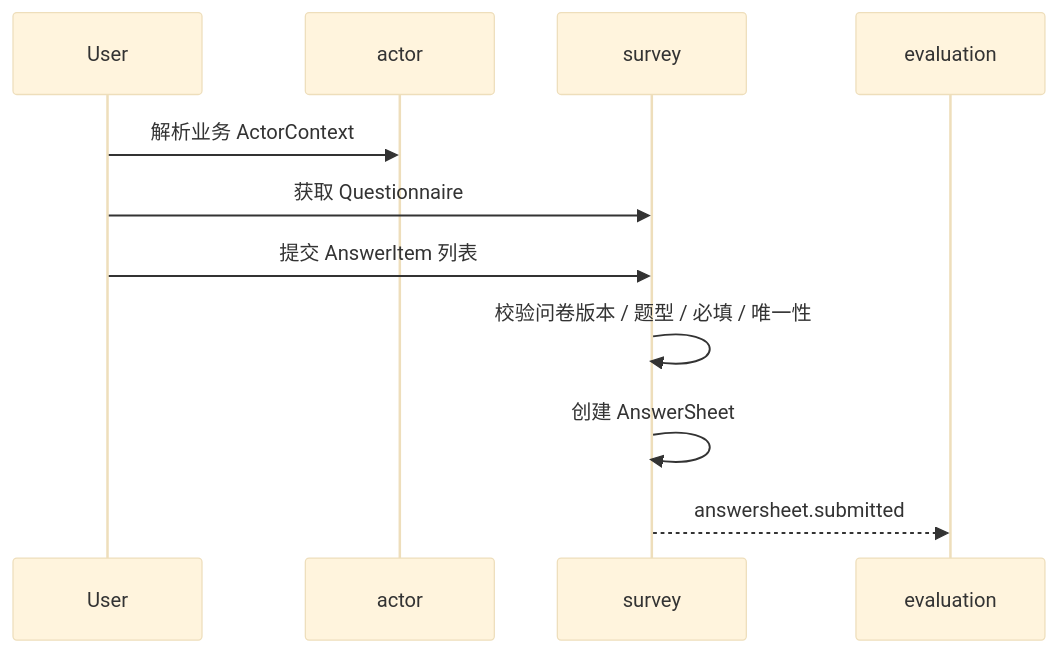
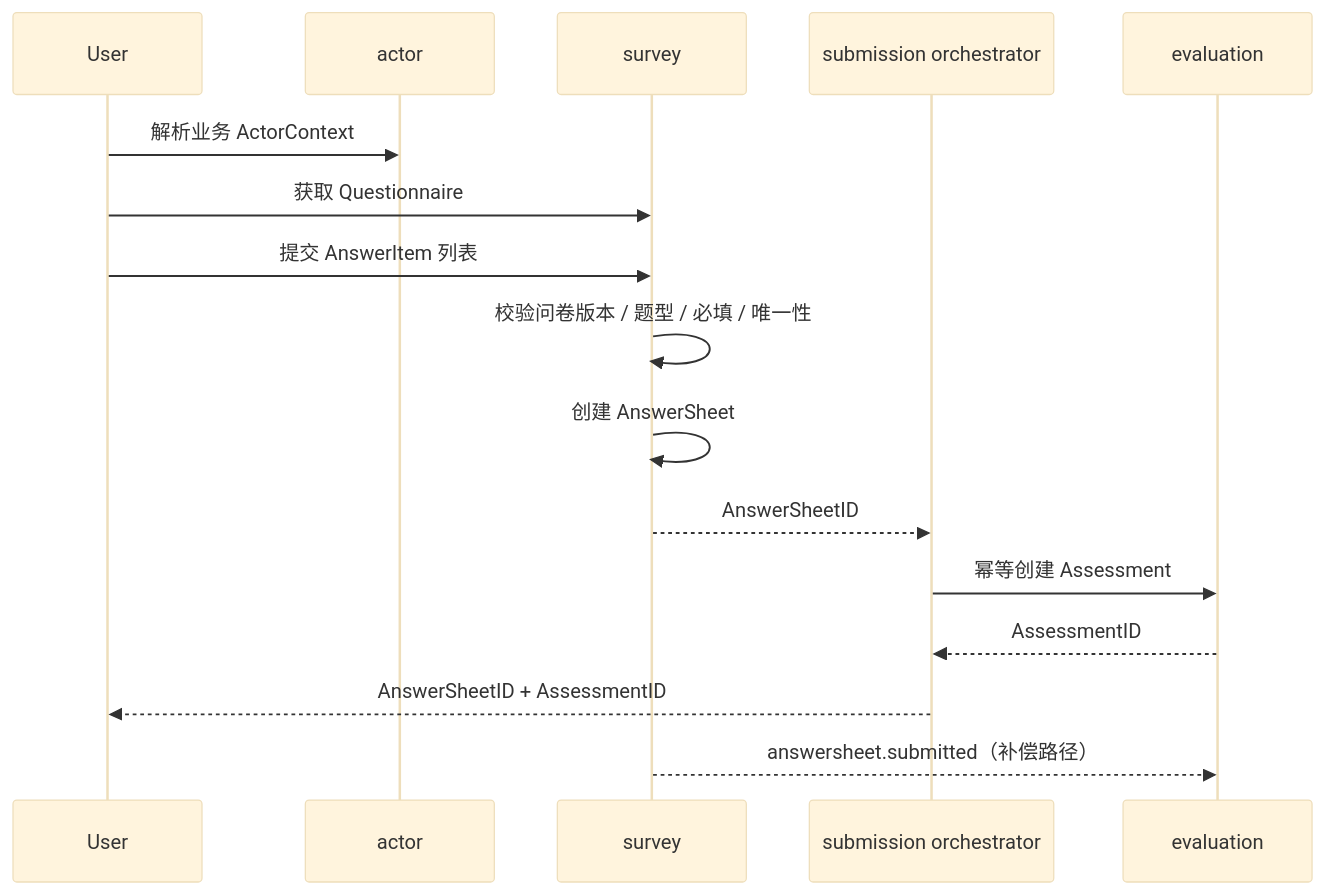
Before and after one commit to FangcunMount/qs-server: the diagram in docs/02-业务模块/10-survey/04-答卷提交链路.md, drawn with Mermaid (base theme). The commit also changed other lines of this file and 20 other files, not shown here.

Commit message:
doc:  更新评估和解释文档以提高清晰度和准确性 - 修改了关键事件名称和描述，以反映评估过程的当前状态，包括对`assessment.evaluated`和`assessment.interpreted`的变更。 - 强化了关于评估和报告生命周期的文档，明确了评估模块与解释模块的职责。 - 更新了状态机图，以准确表示评估和评估运行的状态转换。 - 改进了对评估、评估结果与报告之间关系的解释，强调报告生成独立于评估状态。 - 新增部分，详细说明评估与解释的决策流程及其边界，确保与最新实施目标保持一致。

````diff
--- a/docs/02-业务模块/10-survey/04-答卷提交链路.md
+++ b/docs/02-业务模块/10-survey/04-答卷提交链路.md
@@ -30,14 +32,19 @@
 ```mermaid
 sequenceDiagram
     participant U as User
     participant A as actor
     participant S as survey
+    participant O as submission orchestrator
     participant E as evaluation
 
     U->>A: 解析业务 ActorContext
     U->>S: 获取 Questionnaire
     U->>S: 提交 AnswerItem 列表
     S->>S: 校验问卷版本 / 题型 / 必填 / 唯一性
     S->>S: 创建 AnswerSheet
-    S-->>E: answersheet.submitted
+    S-->>O: AnswerSheetID
+    O->>E: 幂等创建 Assessment
+    E-->>O: AssessmentID
+    O-->>U: AnswerSheetID + AssessmentID
+    S-->>E: answersheet.submitted（补偿路径）
 ```
````
